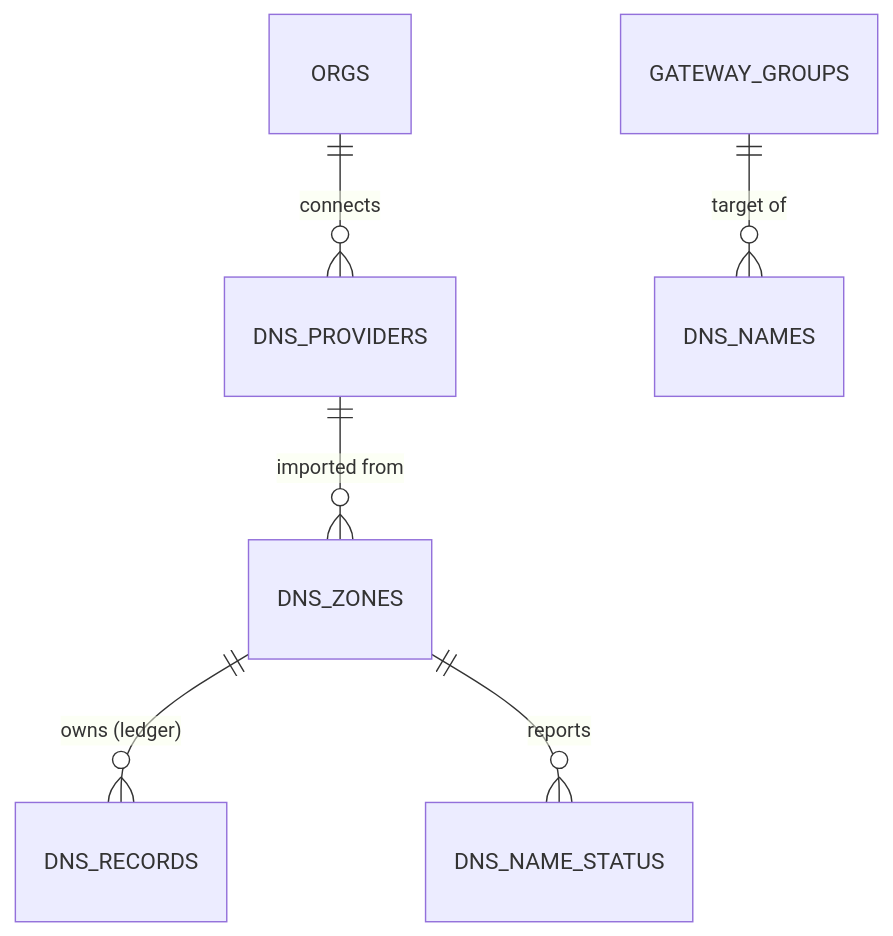
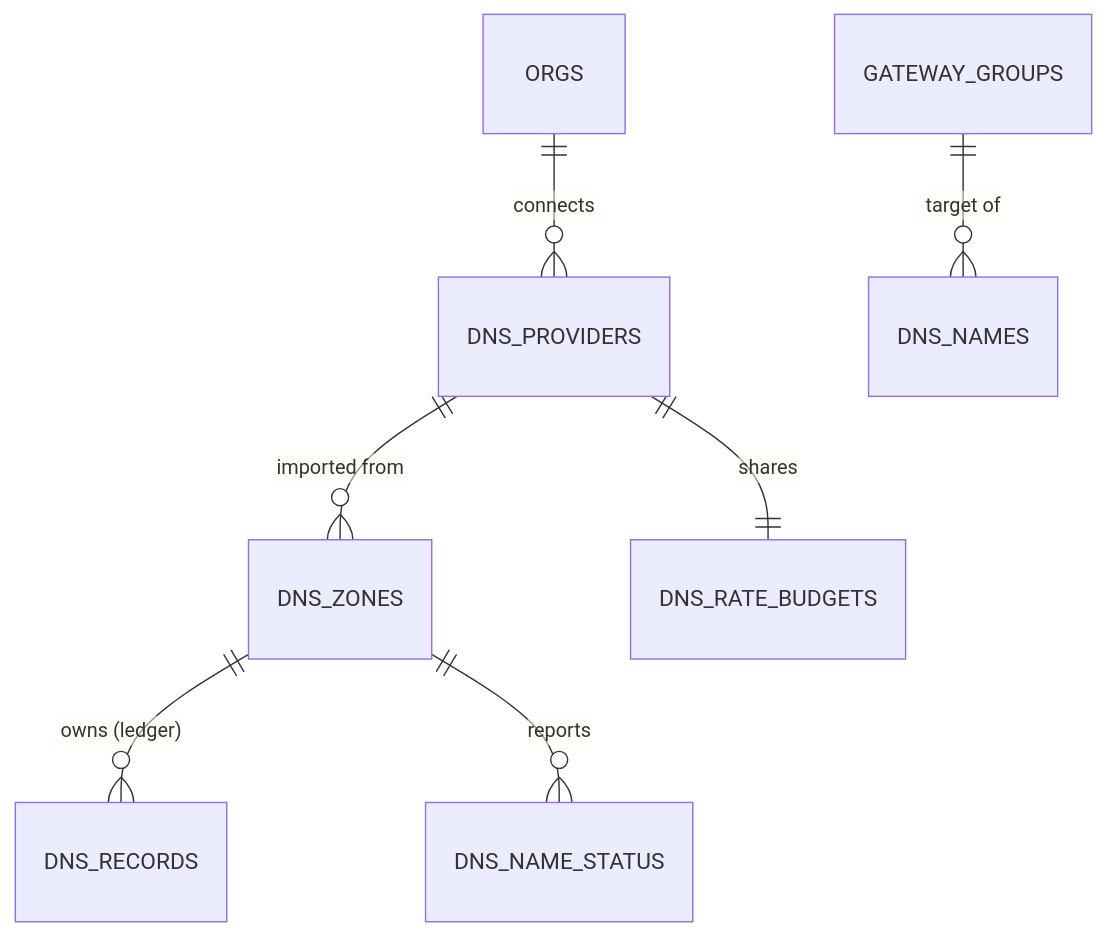
The second of 3 diagrams in docs/06-data-model.md (felix-homelab/rpmgr), drawn with Mermaid before and after one commit. The commit also changed other lines of this file and 7 other files, not shown here.

````diff
--- a/docs/06-data-model.md
+++ b/docs/06-data-model.md
@@ -158,8 +158,9 @@
 ```mermaid
 erDiagram
   ORGS ||--o{ DNS_PROVIDERS : connects
   DNS_PROVIDERS ||--o{ DNS_ZONES : "imported from"
   DNS_ZONES ||--o{ DNS_RECORDS : "owns (ledger)"
+  DNS_PROVIDERS ||--|| DNS_RATE_BUDGETS : "shares"
   GATEWAY_GROUPS ||--o{ DNS_NAMES : "target of"
   DNS_ZONES ||--o{ DNS_NAME_STATUS : "reports"
 ```
````
